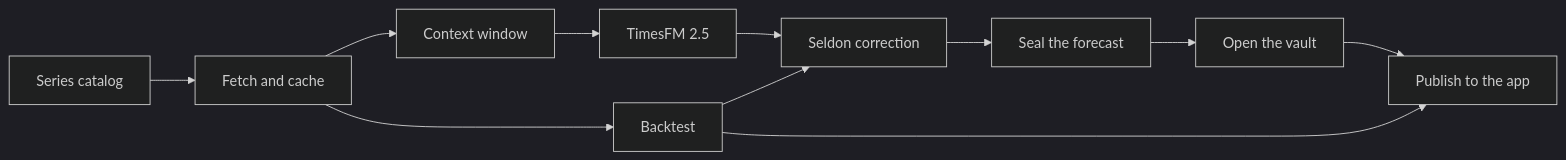
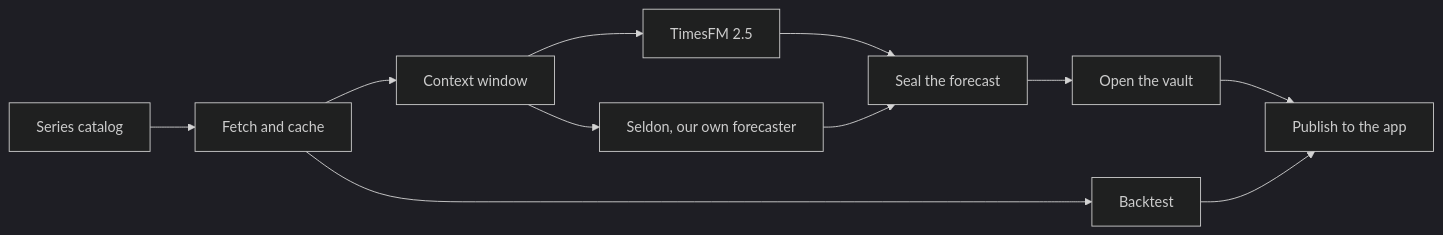
One commit to Normansrule/world-predictor changed the diagram in docs/ARCHITECTURE.md. Above: the diagram before and after it, drawn with Mermaid (dark theme). The commit also changed other lines of this file and 54 other files, not shown here.

Commit message:
Seldon: our own psychohistory forecaster, head to head with TimesFM

````diff
--- a/docs/ARCHITECTURE.md
+++ b/docs/ARCHITECTURE.md
@@ -9,22 +9,22 @@
 ```mermaid
 flowchart LR
   catalog[Series catalog]
   fetch[Fetch and cache]
   context[Context window]
   model[TimesFM 2.5]
-  seldon[Seldon correction]
+  seldon[Seldon, our own forecaster]
   seal[Seal the forecast]
   score[Open the vault]
   backtest[Backtest]
   publish[Publish to the app]
   catalog --> fetch
   fetch --> context
   context --> model
-  model --> seldon
+  context --> seldon
+  model --> seal
   seldon --> seal
   seal --> score
   score --> publish
   fetch --> backtest
-  backtest --> seldon
   backtest --> publish
 ```
````
